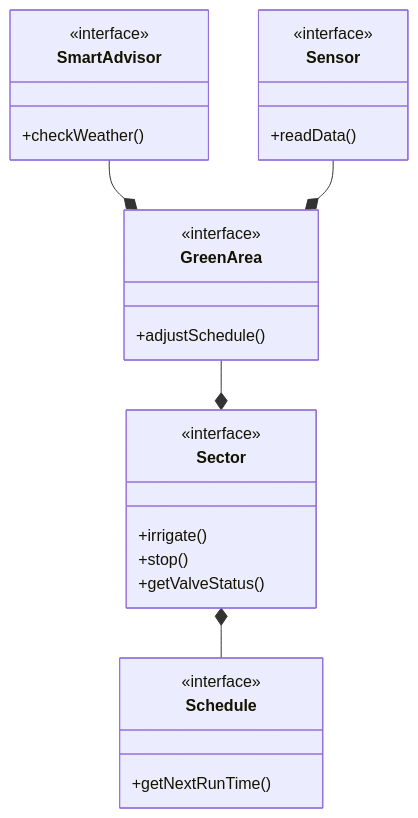
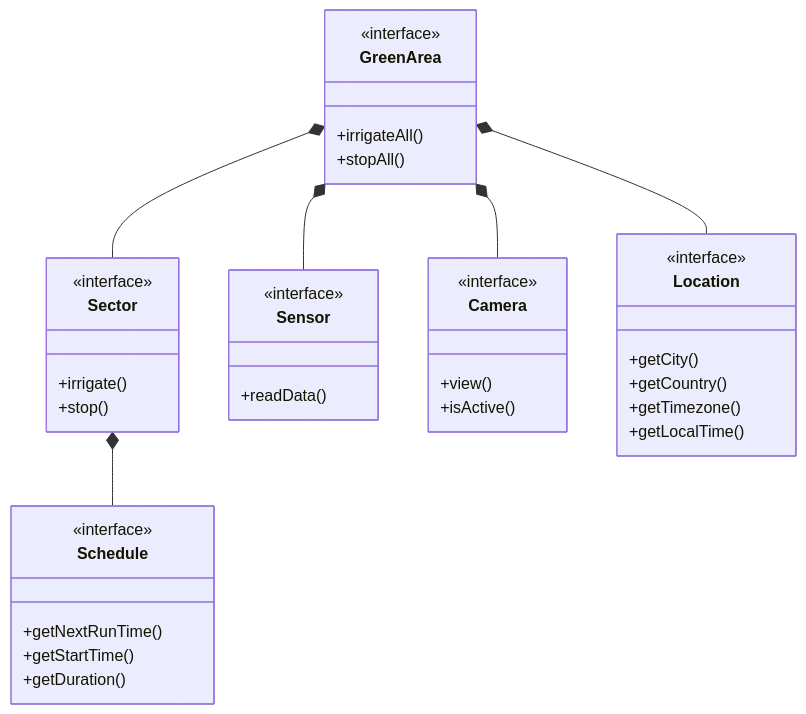
Before and after one commit to filippo16/pss-23-24-SystemGarden-Lutterotti: the diagram in README.md, drawn with Mermaid. The commit also changed other lines of this file and 1 other file, not shown here.

````diff
--- a/README.md
+++ b/README.md
@@ -54,39 +51,48 @@
 ```mermaid
 classDiagram
 
-
 class GreenArea {
-    +adjustSchedule()
+    +irrigateAll()
+    +stopAll()
 }
 <<interface>> GreenArea
 
 class Sector {
     +irrigate()
     +stop()
-    +getValveStatus()
 }
 <<interface>> Sector
 
 class Schedule {
     +getNextRunTime()
+    +getStartTime()
+    +getDuration() 
 }
 <<interface>> Schedule
-
-class SmartAdvisor {
-    +checkWeather()
-} 
-<<interface>> SmartAdvisor
 
 class Sensor {
     +readData()
 }
 <<interface>> Sensor
 
-GreenArea --* Sector
+class Camera {
+    +view()
+    +isActive()
+}
+<<interface>> Camera
+
+class Location {
+    +getCity()
+    +getCountry()
+    +getTimezone()
+    +getLocalTime()
+}
+<<interface>> Location
+
+GreenArea *-- Sector
+GreenArea *-- Sensor
+GreenArea *-- Camera
+GreenArea *-- Location
 Sector *-- Schedule
-SmartAdvisor --* GreenArea
-Sensor --* GreenArea
-
-
 
 ```
````
